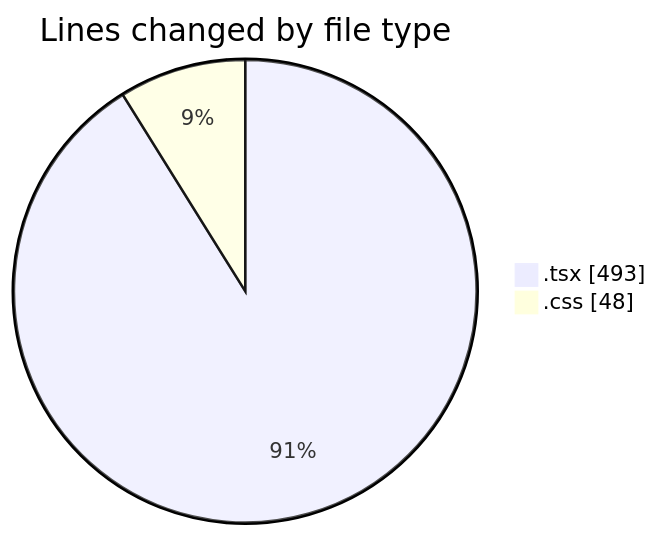
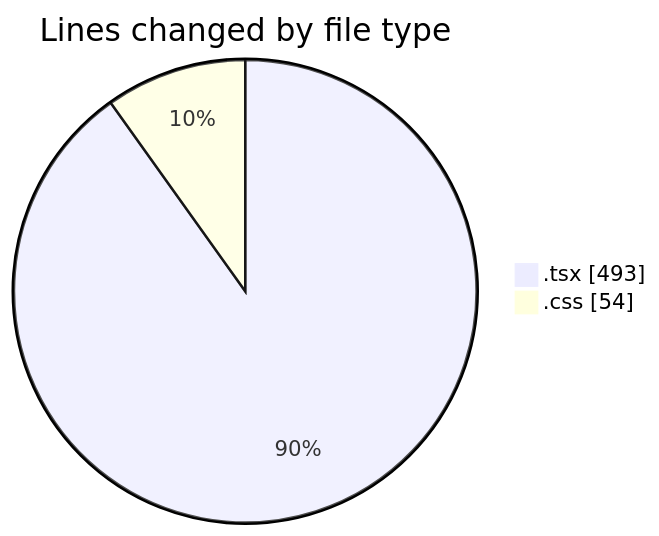
The first of 2 diagrams in 2025-03-04/frontend/README.md (robertbonfada/code-tracking), drawn with Mermaid before and after one commit. The commit also changed other lines of this file and 1 other file, not shown here.

````diff
--- a/2025-03-04/frontend/README.md
+++ b/2025-03-04/frontend/README.md
@@ -21,6 +21,6 @@
 ```mermaid
 pie showData
 title Lines changed by file type
 ".tsx" : 493
-".css" : 48
+".css" : 54
 ```
````
